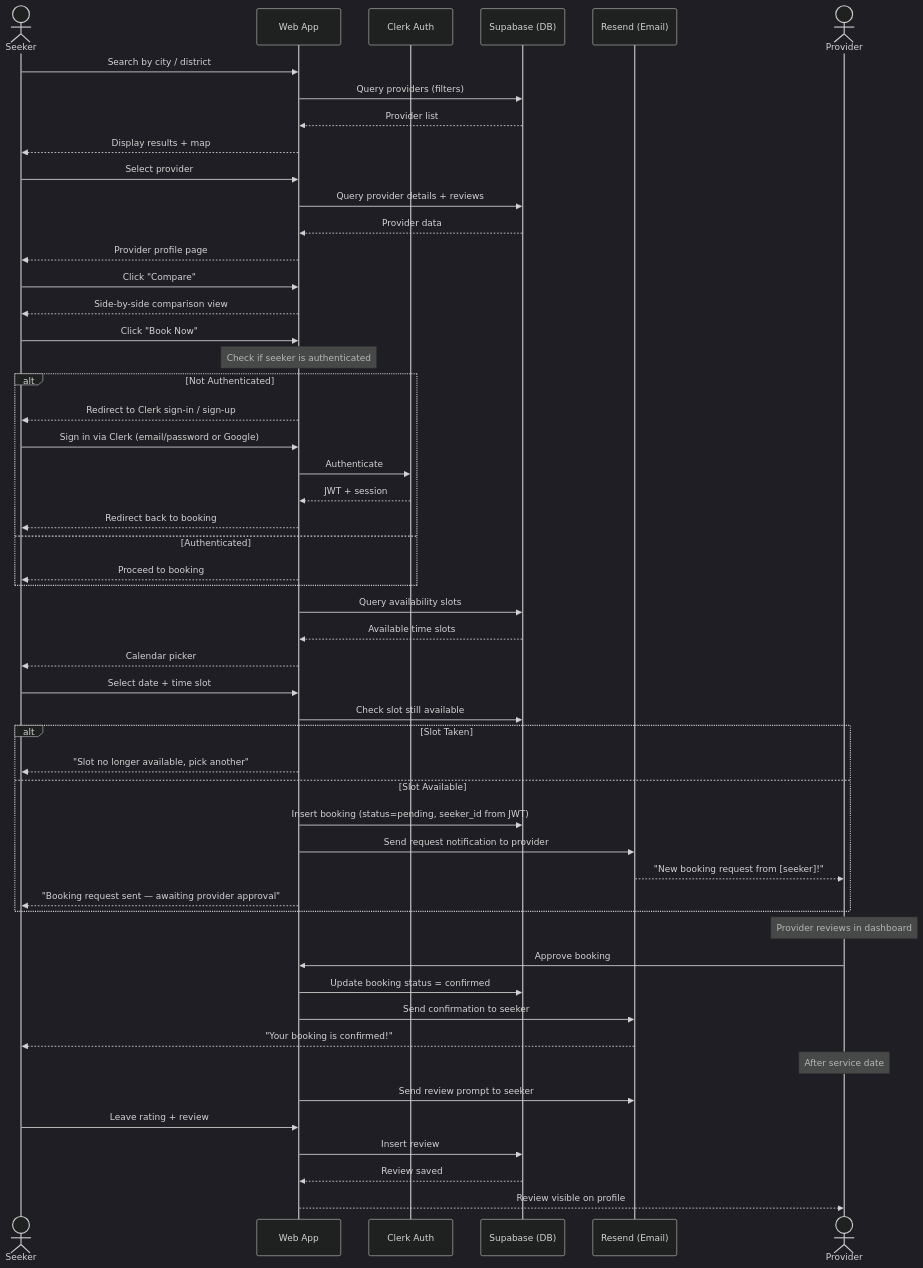
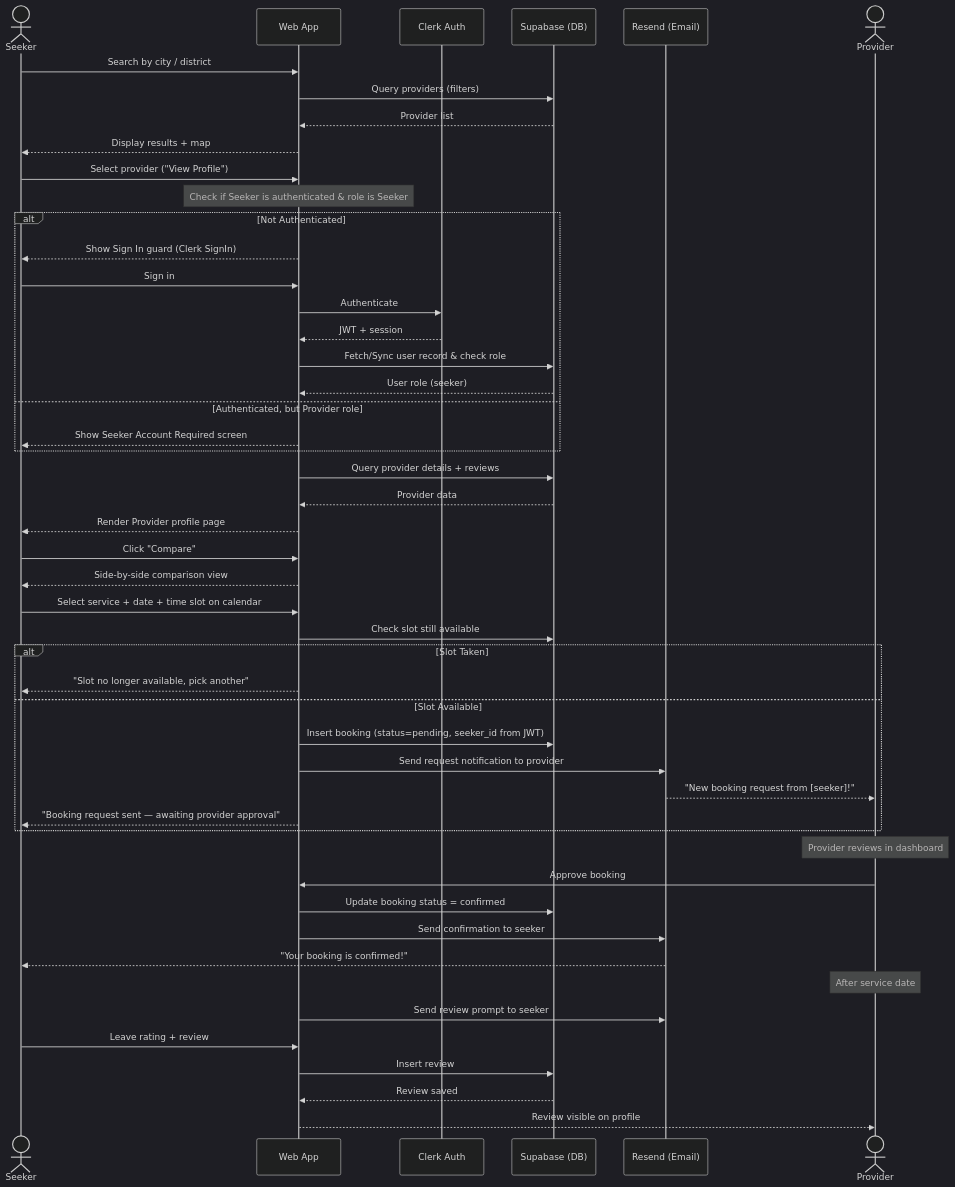
One commit to adminserch/serch-main-app changed the fourth of 10 diagrams in diagrams.md. Above: the diagram before and after it, drawn with Mermaid (dark theme). The commit also changed 3 other files, not shown here.

Commit message:
Added seeker profile access guard for view profile

````diff
--- a/diagrams.md
+++ b/diagrams.md
@@ -240,55 +240,52 @@
 ```mermaid
 sequenceDiagram
     actor Seeker
     participant App as Web App
     participant Clerk as Clerk Auth
     participant Supabase as Supabase (DB)
     participant Resend as Resend (Email)
     actor Provider
 
     Seeker->>App: Search by city / district
     App->>Supabase: Query providers (filters)
     Supabase-->>App: Provider list
     App-->>Seeker: Display results + map
-    Seeker->>App: Select provider
+    Seeker->>App: Select provider ("View Profile")
+    Note over App: Check if Seeker is authenticated & role is Seeker
+    alt Not Authenticated
+        App-->>Seeker: Show Sign In guard (Clerk SignIn)
+        Seeker->>App: Sign in
+        App->>Clerk: Authenticate
+        Clerk-->>App: JWT + session
+        App->>Supabase: Fetch/Sync user record & check role
+        Supabase-->>App: User role (seeker)
+    else Authenticated, but Provider role
+        App-->>Seeker: Show Seeker Account Required screen
+    end
     App->>Supabase: Query provider details + reviews
     Supabase-->>App: Provider data
-    App-->>Seeker: Provider profile page
+    App-->>Seeker: Render Provider profile page
     Seeker->>App: Click "Compare"
     App-->>Seeker: Side-by-side comparison view
-    Seeker->>App: Click "Book Now"
-    Note over App: Check if seeker is authenticated
-    alt Not Authenticated
-        App-->>Seeker: Redirect to Clerk sign-in / sign-up
-        Seeker->>App: Sign in via Clerk (email/password or Google)
-        App->>Clerk: Authenticate
-        Clerk-->>App: JWT + session
-        App-->>Seeker: Redirect back to booking
-    else Authenticated
-        App-->>Seeker: Proceed to booking
-    end
-    App->>Supabase: Query availability slots
-    Supabase-->>App: Available time slots
-    App-->>Seeker: Calendar picker
-    Seeker->>App: Select date + time slot
+    Seeker->>App: Select service + date + time slot on calendar
     App->>Supabase: Check slot still available
     alt Slot Taken
         App-->>Seeker: "Slot no longer available, pick another"
     else Slot Available
         App->>Supabase: Insert booking (status=pending, seeker_id from JWT)
         App->>Resend: Send request notification to provider
         Resend-->>Provider: "New booking request from [seeker]!"
         App-->>Seeker: "Booking request sent — awaiting provider approval"
     end
     Note over Provider: Provider reviews in dashboard
     Provider->>App: Approve booking
     App->>Supabase: Update booking status = confirmed
     App->>Resend: Send confirmation to seeker
     Resend-->>Seeker: "Your booking is confirmed!"
     Note over Provider: After service date
     App->>Resend: Send review prompt to seeker
     Seeker->>App: Leave rating + review
     App->>Supabase: Insert review
     Supabase-->>App: Review saved
     App-->>Provider: Review visible on profile
 ```
````
